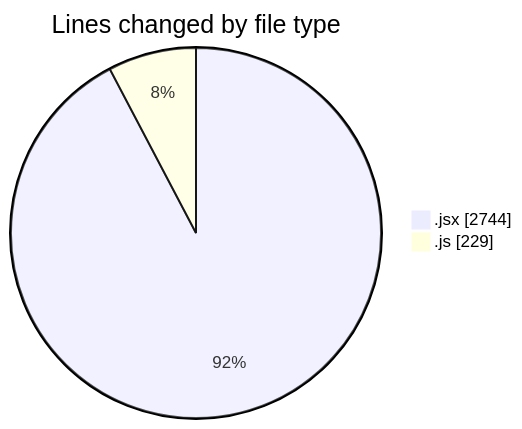
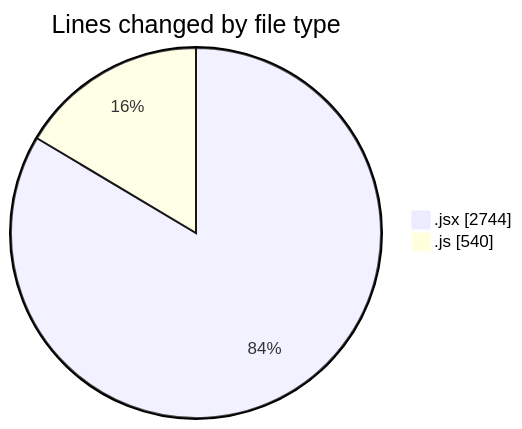
The first of 2 diagrams in 2025-12-30/nxtqube_webapp/README.md (nxtqubesakshisongat/code-tracking), drawn with Mermaid before and after one commit. The commit also changed other lines of this file and 1 other file, not shown here.

````diff
--- a/2025-12-30/nxtqube_webapp/README.md
+++ b/2025-12-30/nxtqube_webapp/README.md
@@ -24,6 +25,6 @@
 ```mermaid
 pie showData
 title Lines changed by file type
 ".jsx" : 2744
-".js" : 229
+".js" : 540
 ```
````
